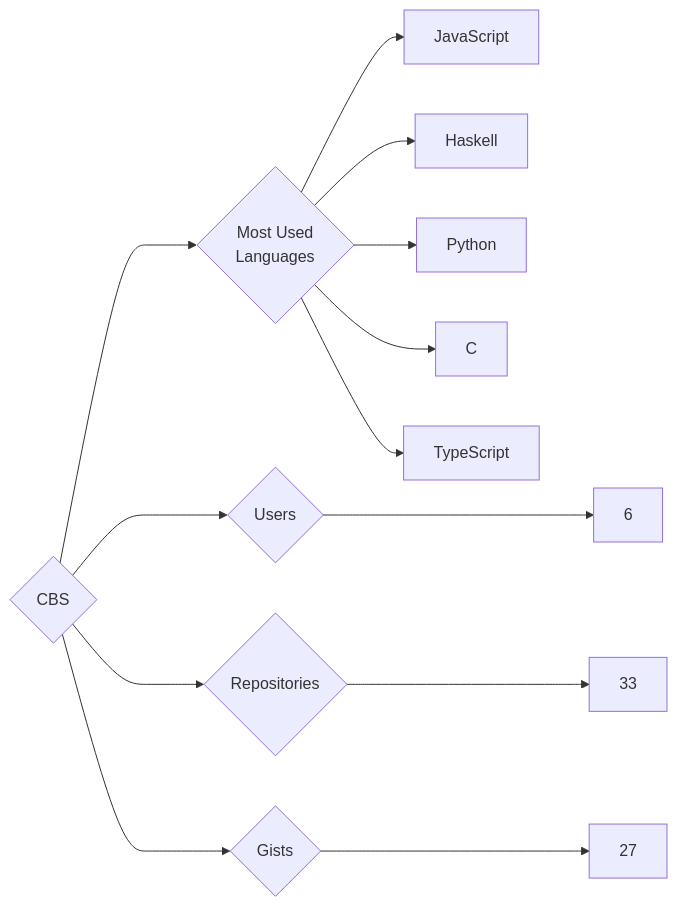
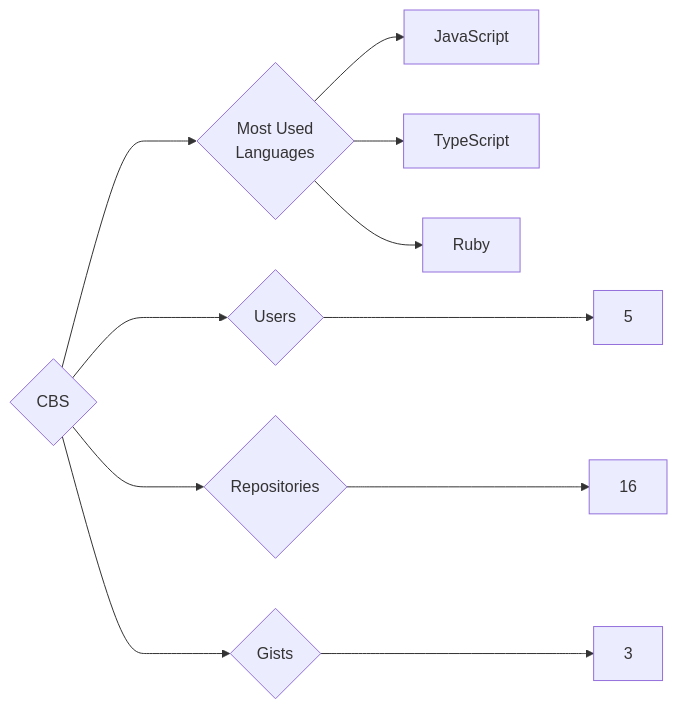
The diagram in targets/CBS/README.md (trickest/insiders), drawn with Mermaid before and after one commit. The commit also changed 840 other files, not shown here.

````diff
--- a/targets/CBS/README.md
+++ b/targets/CBS/README.md
@@ -3,13 +3,11 @@
 ```mermaid
 graph LR
 COMPANY_NAME{CBS}
-COMPANY_NAME ---> U{Users} ---> UN[6]
-COMPANY_NAME ---> R{Repositories} ---> RN[33]
-COMPANY_NAME ---> G{Gists} ---> GN[27]
+COMPANY_NAME ---> U{Users} ---> UN[5]
+COMPANY_NAME ---> R{Repositories} ---> RN[16]
+COMPANY_NAME ---> G{Gists} ---> GN[3]
 COMPANY_NAME ---> ML{Most Used<br>Languages}
 ML --> JavaScript[JavaScript]
-ML --> Haskell[Haskell]
-ML --> Python[Python]
-ML --> C[C]
 ML --> TypeScript[TypeScript]
+ML --> Ruby[Ruby]
 ```
````
